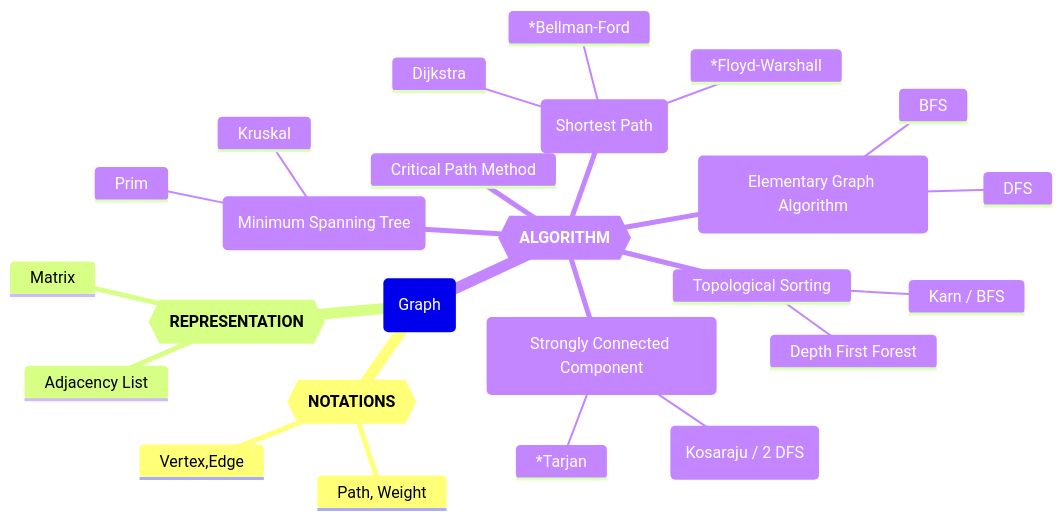
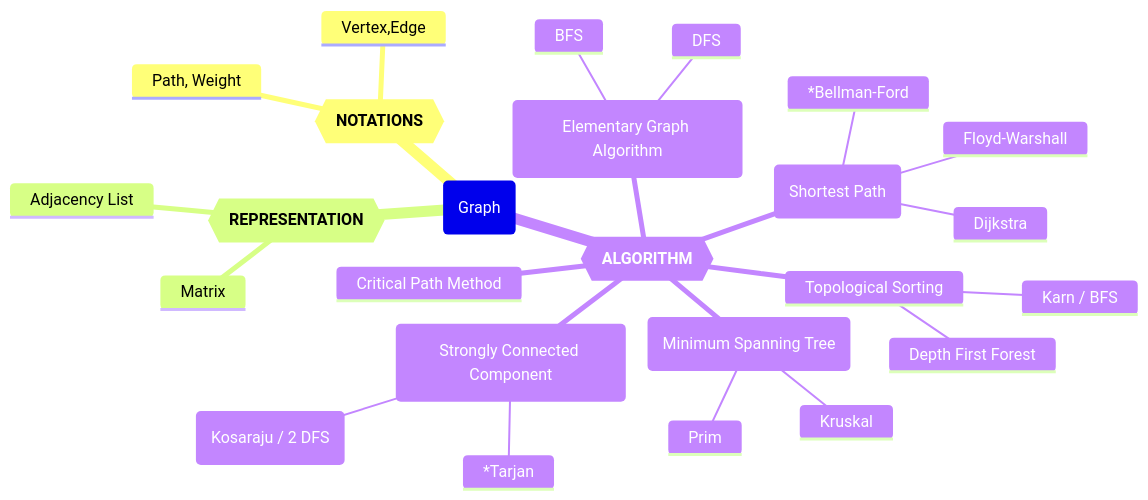
The first of 3 diagrams in 20250421_week10-13_graph.md (GMyhf/2025spring-cs201), drawn with Mermaid before and after one commit.

````diff
--- a/20250421_week10-13_graph.md
+++ b/20250421_week10-13_graph.md
@@ -31,32 +31,32 @@
 ```mermaid
 mindmap
   Graph (Graph)
     Notation{{**NOTATIONS**}}
     	Vertex,Edge
     	Path, Weight
       
     Representation{{**REPRESENTATION**}}
       Matrix
       Adjacency List
       
     Algorithm{{**ALGORITHM**}}
     	Elementary Graph Algorithms(Elementary Graph Algorithm)
     		BFS
     		DFS
     	Shortest Path(Shortest Path)
     		Dijkstra
     		*Bellman-Ford
-    		*Floyd-Warshall 
+    		Floyd-Warshall 
     	Topological Sorting
     		Depth First Forest
     		Karn / BFS
     	Critical Path Method
     	MST(Minimum Spanning Tree)
     		Prim
     		Kruskal
     	SCC(Strongly Connected Component)
     		Kosaraju(Kosaraju / 2 DFS)
     		*Tarjan
       
 
 ```
````
